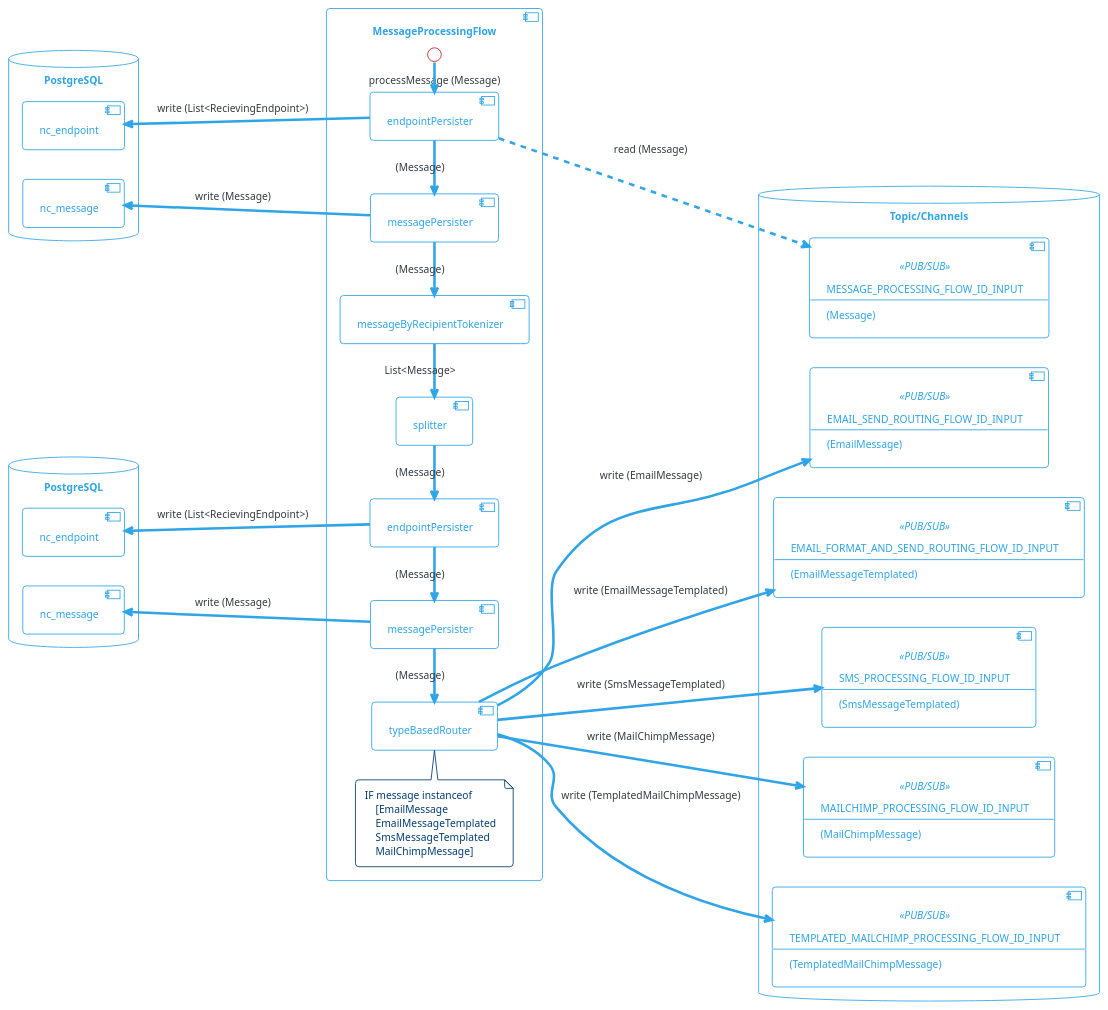
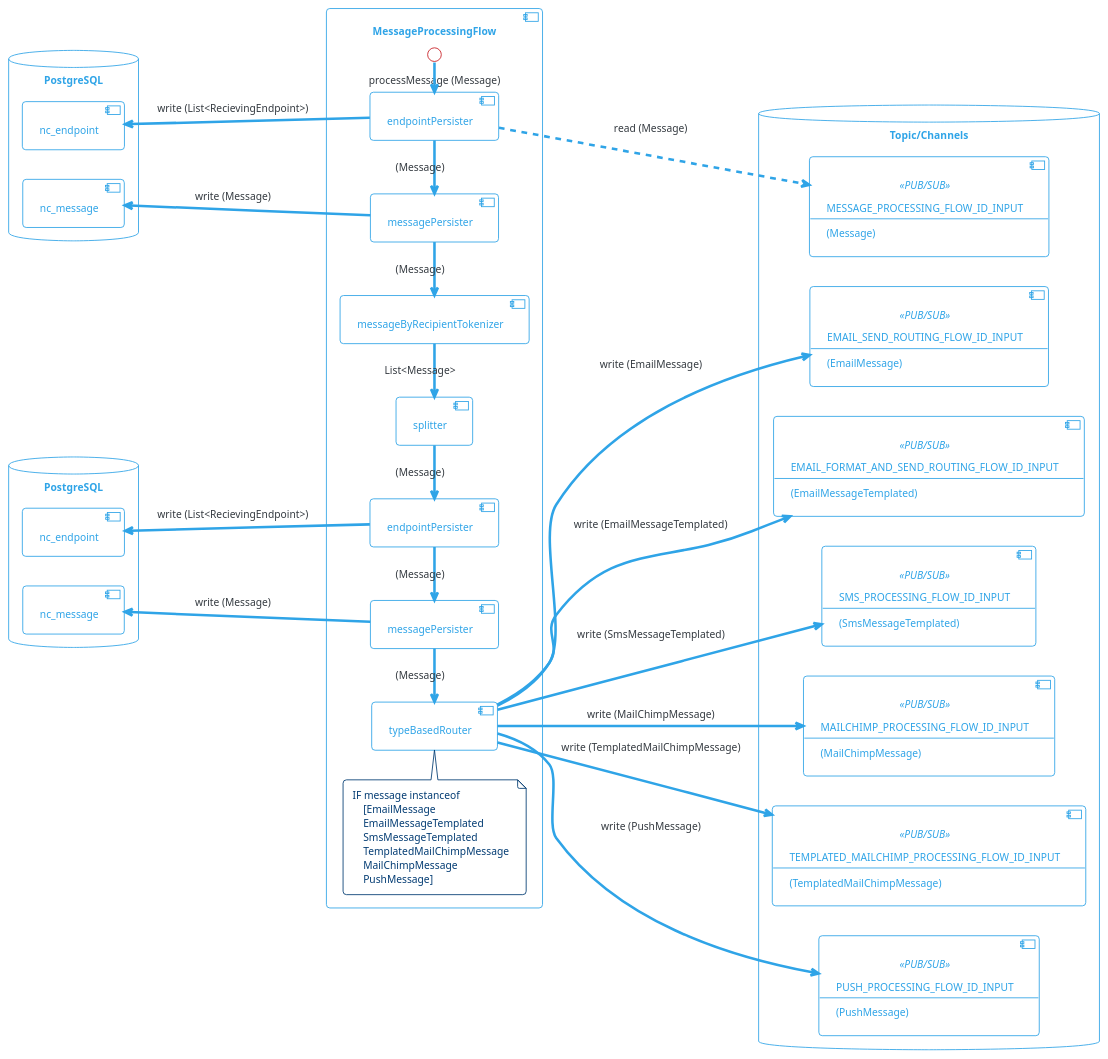
Before and after one commit to com-obj/notiflow: the diagram in docs/diagrams/src/message-processing-flow.puml, drawn with PlantUML.

Commit message:
update message processing flow diagram

```diff
--- a/docs/diagrams/src/message-processing-flow.puml
+++ b/docs/diagrams/src/message-processing-flow.puml
@@ -1,103 +1,112 @@
 @startuml
 
 !theme cerulean-outline
 
 left to right direction
 
 skinparam backgroundcolor White
 skinparam component {
     backgroundColor<<user defined>> LightGray
 }
 
 database "PostgreSQL" as pg1 {
     [nc_message]
     [nc_endpoint]
 }
 
 database "PostgreSQL" as pg2 {
     [nc_message] as nc_message2
     [nc_endpoint] as nc_endpoint2
 }
 
 database "Topic/Channels" {
     component MESSAGE_PROCESSING_FLOW_ID_INPUT<<PUB/SUB>>[
         MESSAGE_PROCESSING_FLOW_ID_INPUT
         --
         (Message)
     ]
 
     component EMAIL_SEND_ROUTING_FLOW_ID_INPUT<<PUB/SUB>>[
         EMAIL_SEND_ROUTING_FLOW_ID_INPUT
         --
         (EmailMessage)   
     ]
 
     component EMAIL_FORMAT_AND_SEND_ROUTING_FLOW_ID_INPUT<<PUB/SUB>>[
         EMAIL_FORMAT_AND_SEND_ROUTING_FLOW_ID_INPUT
         --
         (EmailMessageTemplated)
     ]
 
     component SMS_PROCESSING_FLOW_ID_INPUT<<PUB/SUB>>[
         SMS_PROCESSING_FLOW_ID_INPUT
         --
         (SmsMessageTemplated)
     ]
 
     component MAILCHIMP_PROCESSING_FLOW_ID_INPUT<<PUB/SUB>>[
         MAILCHIMP_PROCESSING_FLOW_ID_INPUT
         --
         (MailChimpMessage)
     ]
     
     component TEMPLATED_MAILCHIMP_PROCESSING_FLOW_ID_INPUT<<PUB/SUB>>[
         TEMPLATED_MAILCHIMP_PROCESSING_FLOW_ID_INPUT
         --
         (TemplatedMailChimpMessage)
     ]
+    
+    component PUSH_PROCESSING_FLOW_ID_INPUT<<PUB/SUB>>[
+        PUSH_PROCESSING_FLOW_ID_INPUT
+        --
+        (PushMessage)
+    ]
 }
 
 component "MessageProcessingFlow" {
     [endpointPersister] as endpointPersister1
     [messagePersister] as messagePersister1
     [messageByRecipientTokenizer]
     [splitter]
     [endpointPersister] as endpointPersister2
     [messagePersister] as messagePersister2
     [typeBasedRouter]
 
     note top of typeBasedRouter 
     IF message instanceof  
         [EmailMessage
         EmailMessageTemplated
         SmsMessageTemplated
-        MailChimpMessage]
+        TemplatedMailChimpMessage
+        MailChimpMessage
+        PushMessage]
     end note  
 
     endpointPersister1 -l-> messagePersister1 : (Message)
     messagePersister1 -l-> messageByRecipientTokenizer : (Message)
     messageByRecipientTokenizer -l-> splitter : List<Message>
     splitter -l-> endpointPersister2 : (Message)
     endpointPersister2 -l-> messagePersister2: (Message)
     messagePersister2 -l--> typeBasedRouter: (Message)
 
     endpointPersister1 ..> MESSAGE_PROCESSING_FLOW_ID_INPUT : read (Message) 
     typeBasedRouter --> EMAIL_SEND_ROUTING_FLOW_ID_INPUT: write (EmailMessage)
     typeBasedRouter --> EMAIL_FORMAT_AND_SEND_ROUTING_FLOW_ID_INPUT: write (EmailMessageTemplated)
     typeBasedRouter --> SMS_PROCESSING_FLOW_ID_INPUT: write (SmsMessageTemplated)
     typeBasedRouter --> MAILCHIMP_PROCESSING_FLOW_ID_INPUT: write (MailChimpMessage)
     typeBasedRouter --> TEMPLATED_MAILCHIMP_PROCESSING_FLOW_ID_INPUT: write (TemplatedMailChimpMessage)
+    typeBasedRouter --> PUSH_PROCESSING_FLOW_ID_INPUT: write (PushMessage)
 
     messagePersister2 -u-> nc_message2: write (Message)
     endpointPersister2 -u-> nc_endpoint2: write (List<RecievingEndpoint>)
     
     messagePersister1 -u-> nc_message: write (Message)
     endpointPersister1 -u-> nc_endpoint: write (List<RecievingEndpoint>)
 
 
     interface "processMessage (Message)" as processMessage  
     processMessage -l-> endpointPersister1
 }
 
 
 @enduml
```
